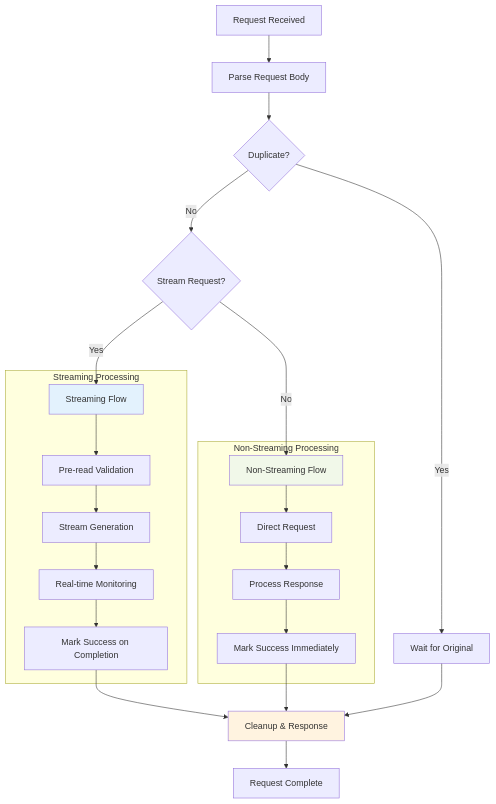
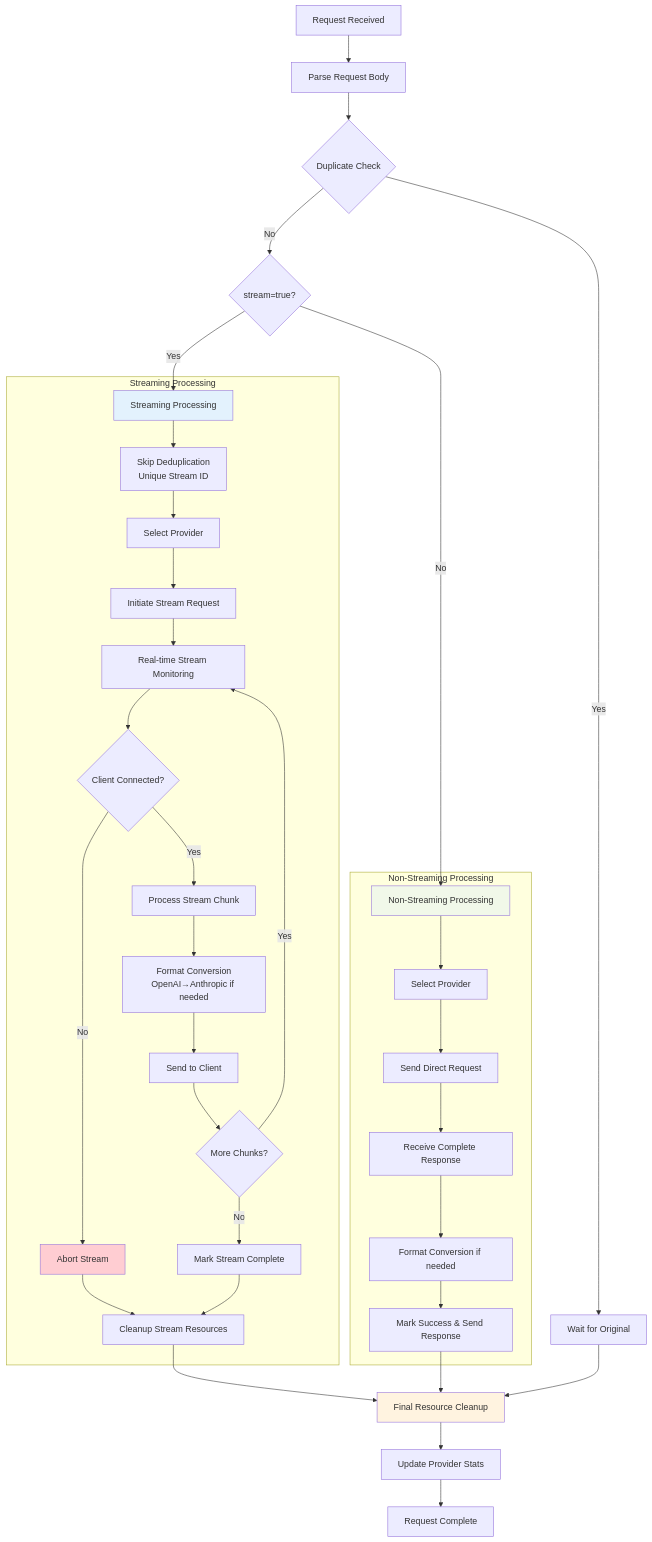
Before and after one commit to zkytech/claude-code-provider-balancer: the third of 10 diagrams in docs/architecture-diagrams.md, drawn with Mermaid. The commit also changed other lines of this file and 5 other files, not shown here.

````diff
--- a/docs/architecture-diagrams.md
+++ b/docs/architecture-diagrams.md
@@ -99,32 +156,46 @@
 ```mermaid
 graph TD
     Start[Request Received] --> Parse[Parse Request Body]
-    Parse --> Dup{Duplicate?}
+    Parse --> Dup{Duplicate Check}
     Dup -->|Yes| Wait[Wait for Original]
-    Dup -->|No| Stream{Stream Request?}
+    Dup -->|No| Stream{stream=true?}
     
-    Stream -->|Yes| StreamFlow[Streaming Flow]
-    Stream -->|No| NonStream[Non-Streaming Flow]
+    Stream -->|Yes| StreamFlow[Streaming Processing]
+    Stream -->|No| NonStream[Non-Streaming Processing]
     
     subgraph "Streaming Processing"
-        StreamFlow --> PreCheck[Pre-read Validation]
-        PreCheck --> StreamGen[Stream Generation]
-        StreamGen --> StreamMonitor[Real-time Monitoring]
-        StreamMonitor --> StreamSuccess[Mark Success on Completion]
+        StreamFlow --> StreamDedup[Skip Deduplication<br/>Unique Stream ID]
+        StreamDedup --> StreamProvider[Select Provider]
+        StreamProvider --> StreamReq[Initiate Stream Request]
+        StreamReq --> StreamMonitor[Real-time Stream Monitoring]
+        StreamMonitor --> ClientDisconnect{Client Connected?}
+        ClientDisconnect -->|Yes| StreamChunk[Process Stream Chunk]
+        ClientDisconnect -->|No| StreamAbort[Abort Stream]
+        StreamChunk --> FormatStream[Format Conversion<br/>OpenAI→Anthropic if needed]
+        FormatStream --> StreamResponse[Send to Client]
+        StreamResponse --> StreamMore{More Chunks?}
+        StreamMore -->|Yes| StreamMonitor
+        StreamMore -->|No| StreamComplete[Mark Stream Complete]
+        StreamAbort --> StreamCleanup[Cleanup Stream Resources]
+        StreamComplete --> StreamCleanup
     end
     
     subgraph "Non-Streaming Processing"
-        NonStream --> DirectReq[Direct Request]
-        DirectReq --> DirectResp[Process Response]
-        DirectResp --> DirectSuccess[Mark Success Immediately]
+        NonStream --> NonStreamProvider[Select Provider]
+        NonStreamProvider --> DirectReq[Send Direct Request]
+        DirectReq --> DirectResp[Receive Complete Response]
+        DirectResp --> FormatDirect[Format Conversion if needed]
+        FormatDirect --> DirectSuccess[Mark Success & Send Response]
     end
     
-    StreamSuccess --> Cleanup[Cleanup & Response]
-    DirectSuccess --> Cleanup
-    Wait --> Cleanup
-    Cleanup --> End[Request Complete]
+    StreamCleanup --> FinalCleanup[Final Resource Cleanup]
+    DirectSuccess --> FinalCleanup
+    Wait --> FinalCleanup
+    FinalCleanup --> ProviderUpdate[Update Provider Stats]
+    ProviderUpdate --> End[Request Complete]
     
     style StreamFlow fill:#e3f2fd
     style NonStream fill:#f1f8e9
-    style Cleanup fill:#fff3e0
+    style FinalCleanup fill:#fff3e0
+    style StreamAbort fill:#ffcdd2
 ```
````
